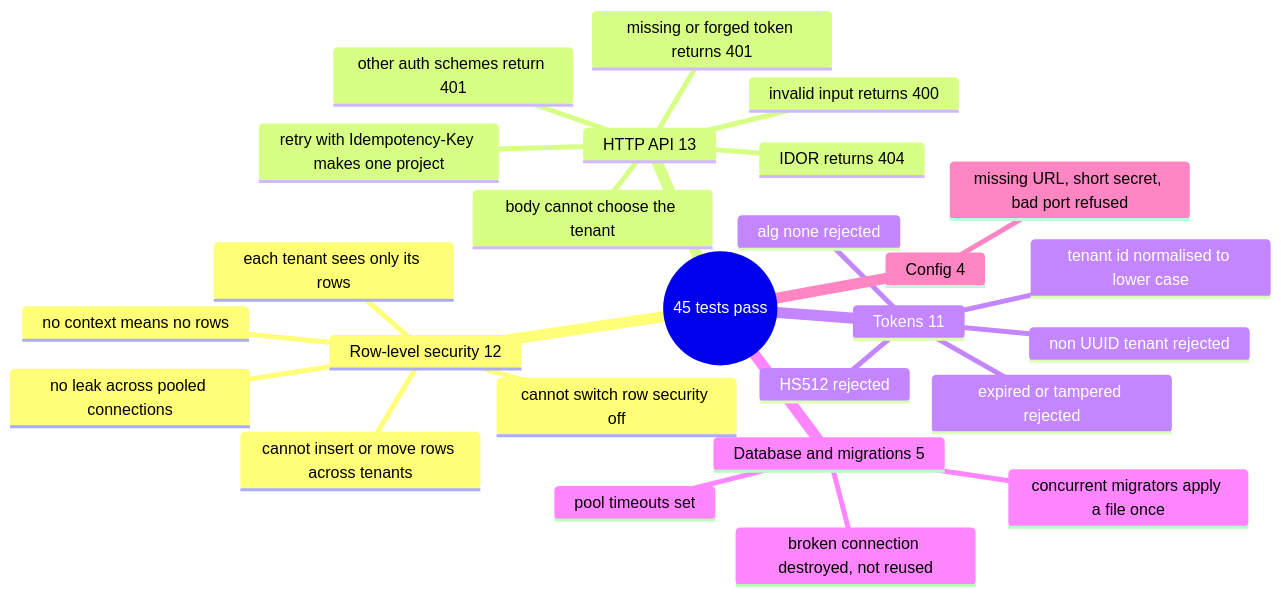
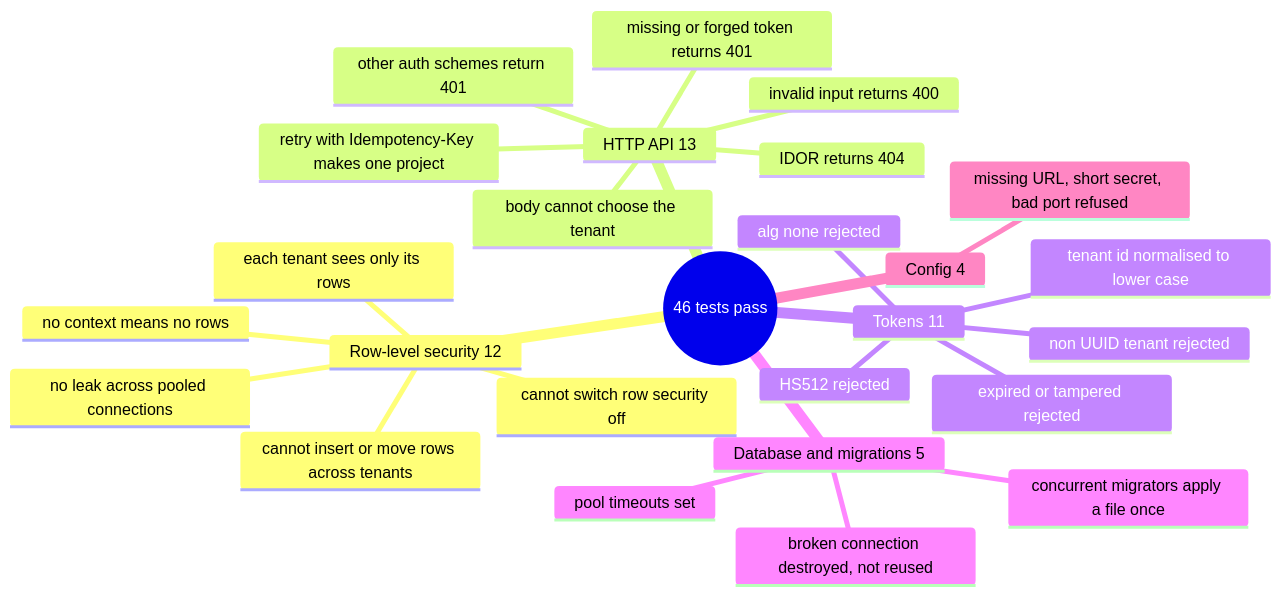
Before and after one commit to EquinoxWN/multi-tenant-saas-core: the second of 2 diagrams in README.md, drawn with Mermaid. The commit also changed other lines of this file and 1 other file, not shown here.

Commit message:
docs: record the 2026-11-21 polish pass

````diff
--- a/README.md
+++ b/README.md
@@ -125,29 +125,29 @@
 ```mermaid
 mindmap
-  root((45 tests pass))
+  root((46 tests pass))
     Row-level security 12
       each tenant sees only its rows
       no context means no rows
       cannot insert or move rows across tenants
       cannot switch row security off
       no leak across pooled connections
     HTTP API 13
       IDOR returns 404
       body cannot choose the tenant
       missing or forged token returns 401
       invalid input returns 400
       retry with Idempotency-Key makes one project
       other auth schemes return 401
     Tokens 11
       alg none rejected
       HS512 rejected
       expired or tampered rejected
       non UUID tenant rejected
       tenant id normalised to lower case
     Database and migrations 5
       broken connection destroyed, not reused
       pool timeouts set
       concurrent migrators apply a file once
     Config 4
       missing URL, short secret, bad port refused
 ```
````
